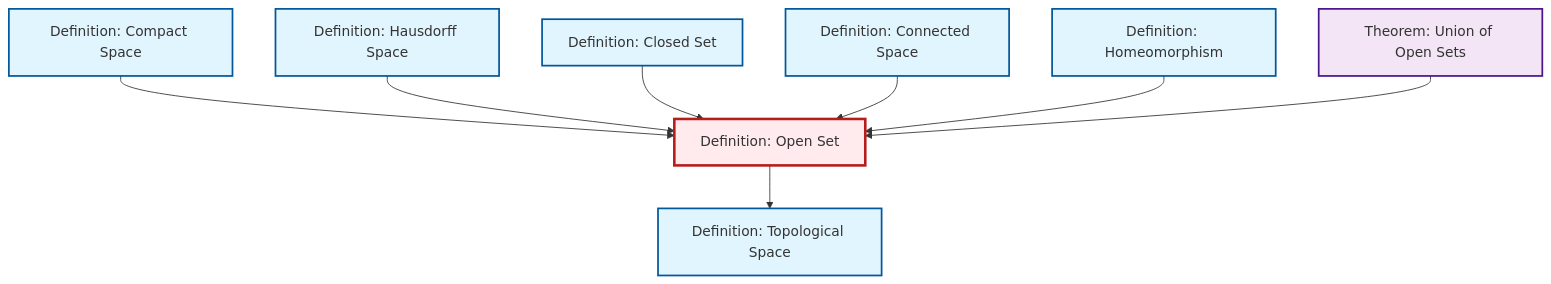
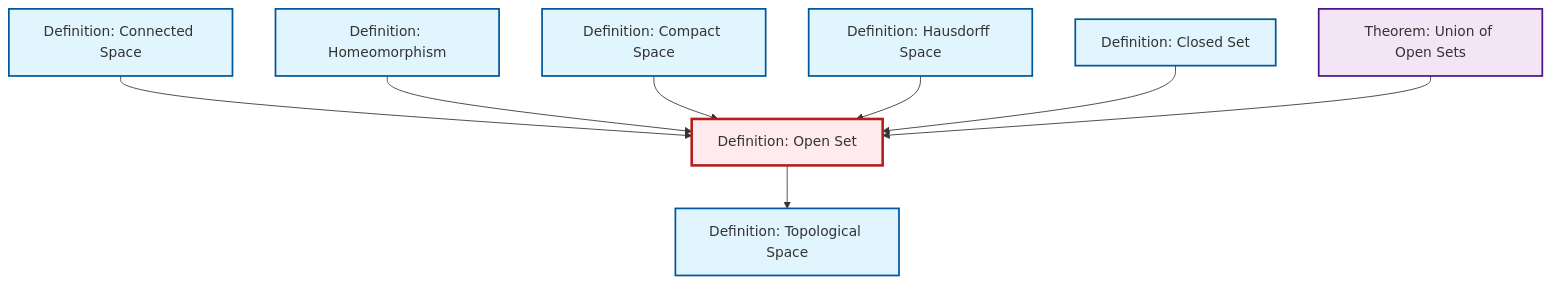
One commit to RK0429/ModernMath changed the diagram in content/ja/topology/def-open-set.qmd. Above: the diagram before and after it, drawn with Mermaid. The commit also changed other lines of this file and 554 other files, not shown here.

````diff
--- a/content/ja/topology/def-open-set.qmd
+++ b/content/ja/topology/def-open-set.qmd
@@ -54,32 +54,32 @@
 ```{mermaid}
 %%| fig-cap: "Local dependency graph"
 graph TD
     classDef definition fill:#e1f5fe,stroke:#01579b,stroke-width:2px
     classDef theorem fill:#f3e5f5,stroke:#4a148c,stroke-width:2px
     classDef axiom fill:#fff3e0,stroke:#e65100,stroke-width:2px
     classDef example fill:#e8f5e9,stroke:#1b5e20,stroke-width:2px
     classDef current fill:#ffebee,stroke:#b71c1c,stroke-width:3px
+    thm-union-open-sets["Theorem: Union of Open Sets"]:::theorem
+    def-hausdorff["Definition: Hausdorff Space"]:::definition
+    def-connected["Definition: Connected Space"]:::definition
+    def-compact["Definition: Compact Space"]:::definition
+    def-open-set["Definition: Open Set"]:::definition
+    def-topological-space["Definition: Topological Space"]:::definition
+    def-closed-set["Definition: Closed Set"]:::definition
     def-homeomorphism["Definition: Homeomorphism"]:::definition
-    thm-union-open-sets["Theorem: Union of Open Sets"]:::theorem
-    def-topological-space["Definition: Topological Space"]:::definition
-    def-compact["Definition: Compact Space"]:::definition
-    def-closed-set["Definition: Closed Set"]:::definition
-    def-hausdorff["Definition: Hausdorff Space"]:::definition
-    def-open-set["Definition: Open Set"]:::definition
-    def-connected["Definition: Connected Space"]:::definition
+    def-connected --> def-open-set
     def-open-set --> def-topological-space
+    def-homeomorphism --> def-open-set
     def-compact --> def-open-set
     def-hausdorff --> def-open-set
     def-closed-set --> def-open-set
-    def-connected --> def-open-set
-    def-homeomorphism --> def-open-set
     thm-union-open-sets --> def-open-set
     class def-open-set current
-    click def-homeomorphism "def-homeomorphism.html" "Definition: Homeomorphismへ"
     click thm-union-open-sets "thm-union-open-sets.html" "Theorem: Union of Open Setsへ"
-    click def-topological-space "def-topological-space.html" "Definition: Topological Spaceへ"
-    click def-compact "def-compact.html" "Definition: Compact Spaceへ"
-    click def-closed-set "def-closed-set.html" "Definition: Closed Setへ"
     click def-hausdorff "def-hausdorff.html" "Definition: Hausdorff Spaceへ"
     click def-connected "def-connected.html" "Definition: Connected Spaceへ"
+    click def-compact "def-compact.html" "Definition: Compact Spaceへ"
+    click def-topological-space "def-topological-space.html" "Definition: Topological Spaceへ"
+    click def-closed-set "def-closed-set.html" "Definition: Closed Setへ"
+    click def-homeomorphism "def-homeomorphism.html" "Definition: Homeomorphismへ"
 ```
````
